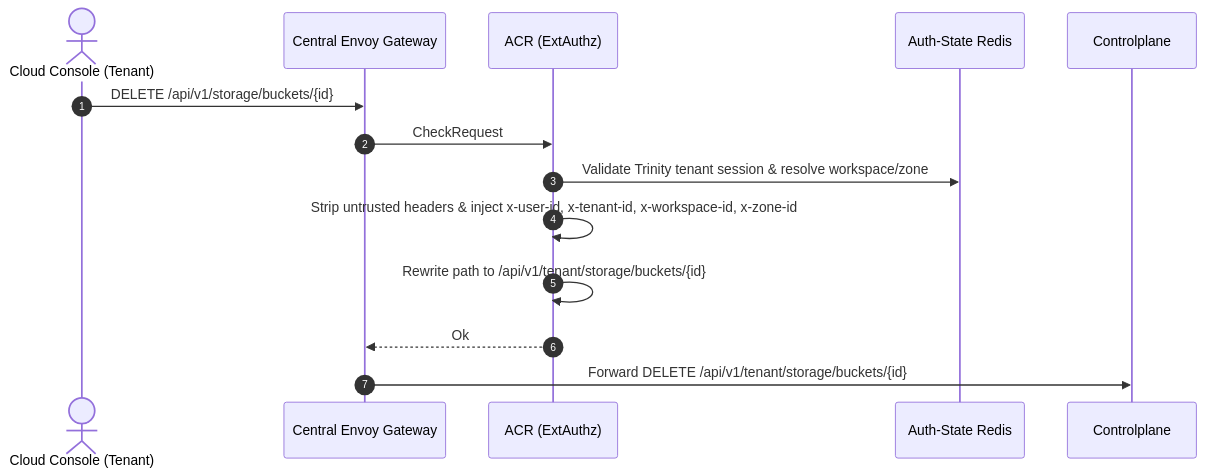
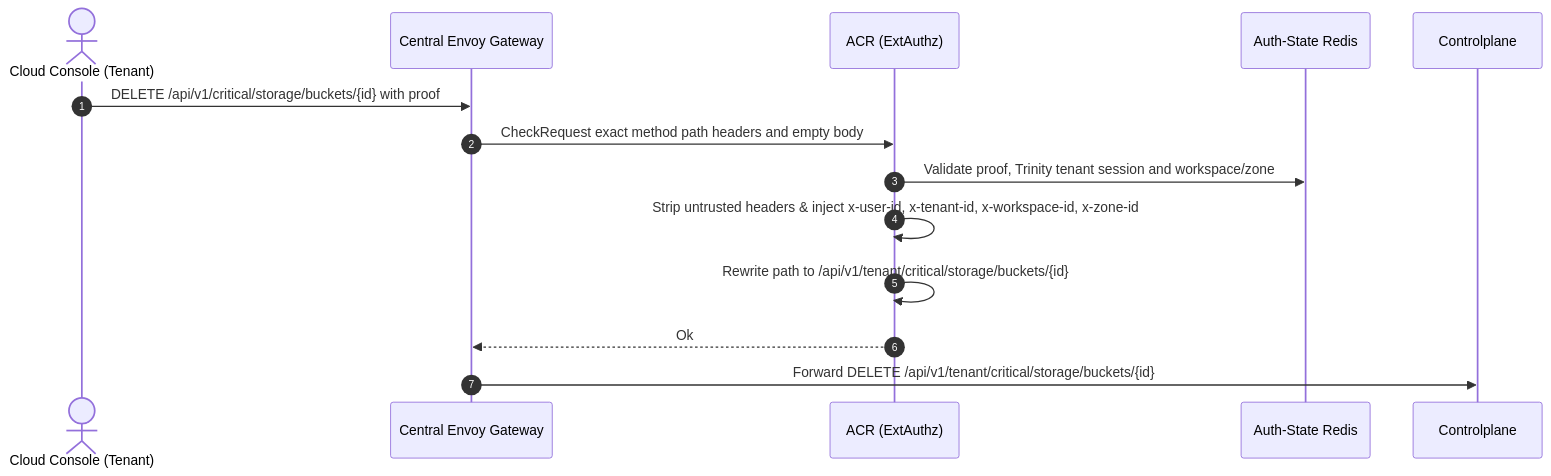
Before and after one commit to phucle996/aurora: the first of 6 diagrams in god_view/storage/tenant_bucket_delete_god_view_workflow.md, drawn with Mermaid. The commit also changed other lines of this file and 94 other files, not shown here.

Commit message:
feat(storage): move runtime reads and admission to zone authority

````diff
--- a/god_view/storage/tenant_bucket_delete_god_view_workflow.md
+++ b/god_view/storage/tenant_bucket_delete_god_view_workflow.md
@@ -45,17 +60,17 @@
 ```mermaid
 sequenceDiagram
     autonumber
     actor Browser as Cloud Console (Tenant)
     participant Envoy as Central Envoy Gateway
     participant ACR as ACR (ExtAuthz)
     participant Redis as Auth-State Redis
     participant CP as Controlplane
 
-    Browser->>Envoy: DELETE /api/v1/storage/buckets/{id}
-    Envoy->>ACR: CheckRequest
-    ACR->>Redis: Validate Trinity tenant session & resolve workspace/zone
+    Browser->>Envoy: DELETE /api/v1/critical/storage/buckets/{id} with proof
+    Envoy->>ACR: CheckRequest exact method path headers and empty body
+    ACR->>Redis: Validate proof, Trinity tenant session and workspace/zone
     ACR->>ACR: Strip untrusted headers & inject x-user-id, x-tenant-id, x-workspace-id, x-zone-id
-    ACR->>ACR: Rewrite path to /api/v1/tenant/storage/buckets/{id}
+    ACR->>ACR: Rewrite path to /api/v1/tenant/critical/storage/buckets/{id}
     ACR-->>Envoy: Ok
-    Envoy->>CP: Forward DELETE /api/v1/tenant/storage/buckets/{id}
+    Envoy->>CP: Forward DELETE /api/v1/tenant/critical/storage/buckets/{id}
 ```
````
